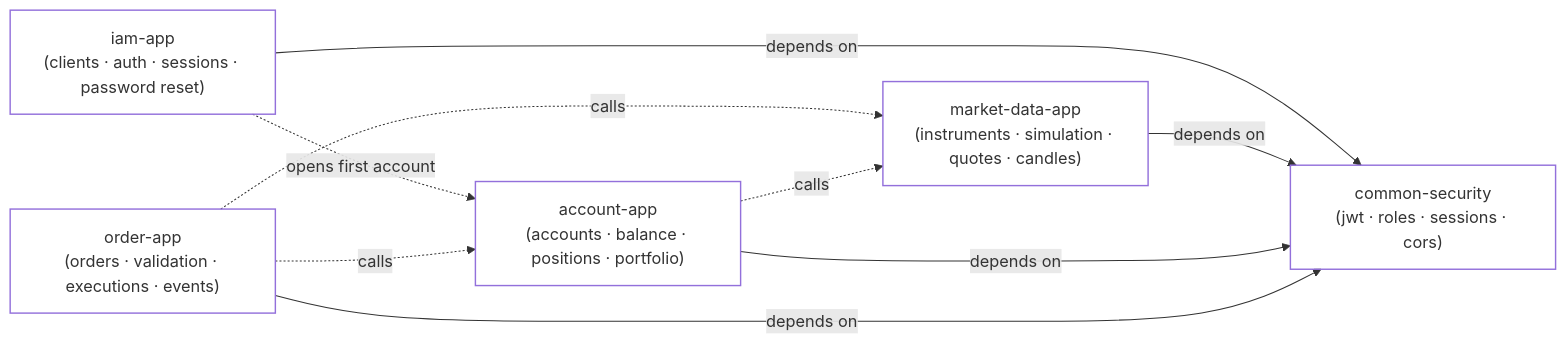
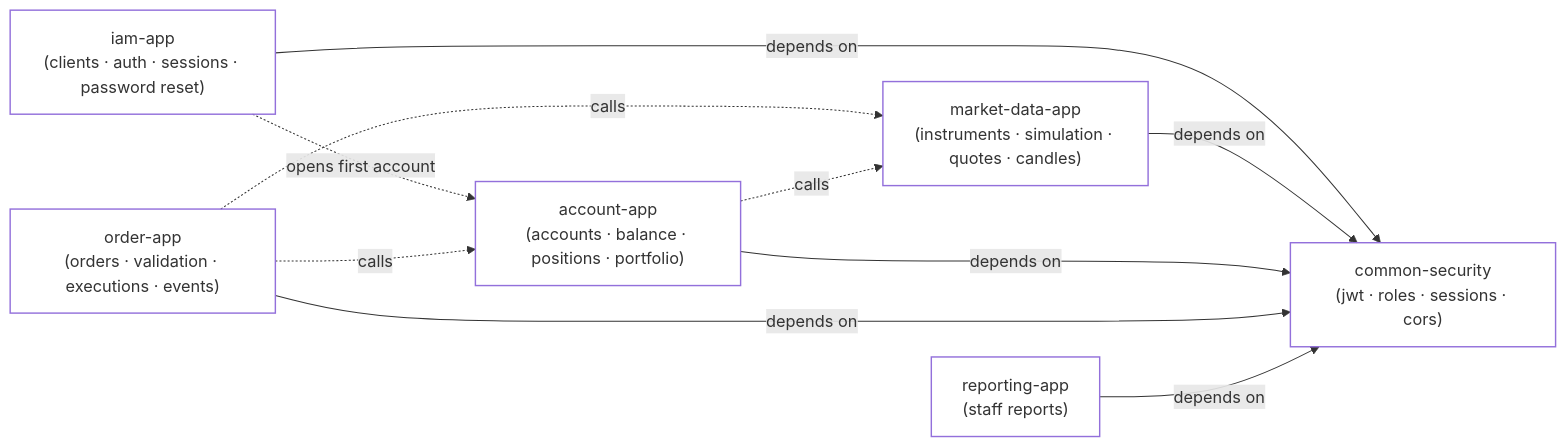
One commit to chrismuss04/leap-laugh-love changed the second of 8 diagrams in README.md. Above: the diagram before and after it, drawn with Mermaid. The commit also changed other lines of this file, not shown here.

Commit message:
docs: update README for reporting-app

````diff
--- a/README.md
+++ b/README.md
@@ -205,17 +215,19 @@
 ```mermaid
 flowchart LR
     classDef mod fill:transparent,stroke-width:1.4px;
     CS["common-security<br/>(jwt · roles · sessions · cors)"]:::mod
     IAM["iam-app<br/>(clients · auth · sessions · password reset)"]:::mod
     MD["market-data-app<br/>(instruments · simulation · quotes · candles)"]:::mod
     ACCT["account-app<br/>(accounts · balance · positions · portfolio)"]:::mod
     ORD["order-app<br/>(orders · validation · executions · events)"]:::mod
+    REP["reporting-app<br/>(staff reports)"]:::mod
     IAM -- "depends on" --> CS
     MD -- "depends on" --> CS
     ACCT -- "depends on" --> CS
     ORD -- "depends on" --> CS
+    REP -- "depends on" --> CS
     IAM -. "opens first account" .-> ACCT
     ORD -. "calls" .-> ACCT
     ORD -. "calls" .-> MD
     ACCT -. "calls" .-> MD
 ```
````
